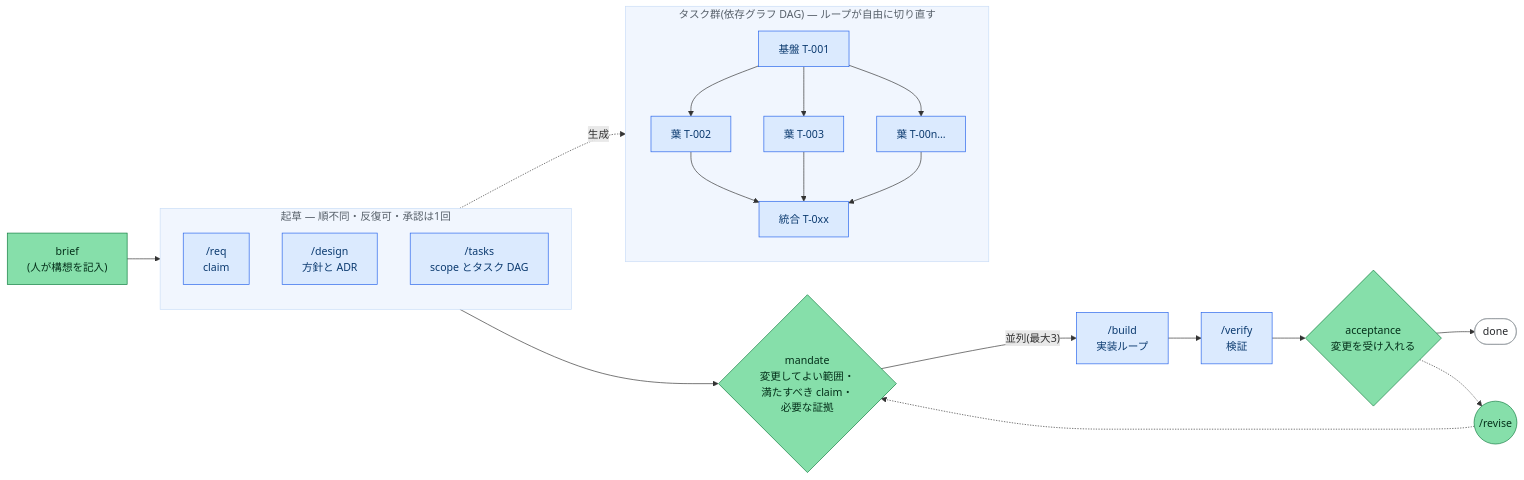
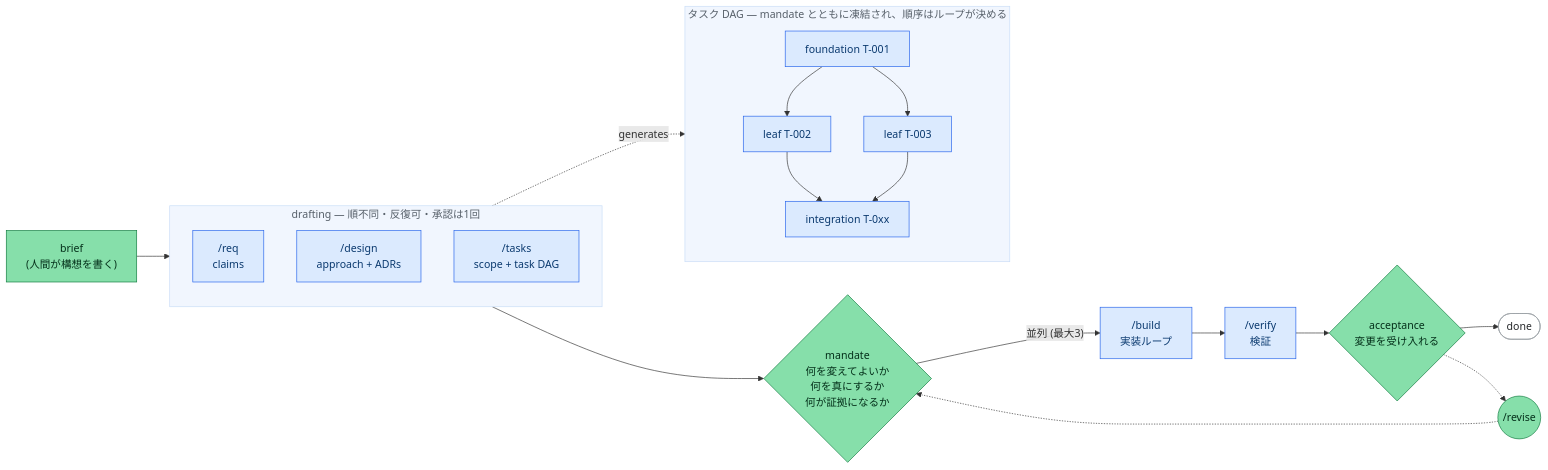
One commit to komoroko/loose-rein-kit changed the diagram in README.ja.md. Above: the diagram before and after it, drawn with Mermaid. The commit also changed other lines of this file and 5 other files, not shown here.

````diff
--- a/README.ja.md
+++ b/README.ja.md
@@ -17,47 +18,44 @@
 ```mermaid
 flowchart LR
-    brief["brief<br/>(人が構想を記入)"]:::human
+    brief["brief<br/>(人間が構想を書く)"]:::human
 
-    subgraph DRAFT["起草 — 順不同・反復可・承認は1回"]
+    subgraph DRAFT["drafting — 順不同・反復可・承認は1回"]
         direction TB
-        req["/req<br/>claim"]:::agent
-        design["/design<br/>方針と ADR"]:::agent
-        tasks["/tasks<br/>scope とタスク DAG"]:::agent
+        req["/req<br/>claims"]:::agent
+        design["/design<br/>approach + ADRs"]:::agent
+        tasks["/tasks<br/>scope + task DAG"]:::agent
     end
 
-    g1{"mandate<br/>変更してよい範囲・<br/>満たすべき claim・<br/>必要な証拠"}:::human
+    g1{"mandate<br/>何を変えてよいか<br/>何を真にするか<br/>何が証拠になるか"}:::human
     build["/build<br/>実装ループ"]:::agent
     verify["/verify<br/>検証"]:::agent
     g2{"acceptance<br/>変更を受け入れる"}:::human
     done(["done"])
 
-    subgraph TASKS["タスク群(依存グラフ DAG) — ループが自由に切り直す"]
+    subgraph TASKS["タスク DAG — mandate とともに凍結され、順序はループが決める"]
         direction TB
-        T1["基盤 T-001"]:::agent
-        T2["葉 T-002"]:::agent
-        T3["葉 T-003"]:::agent
-        Tn["葉 T-00n…"]:::agent
-        TI["統合 T-0xx"]:::agent
+        T1["foundation T-001"]:::agent
+        T2["leaf T-002"]:::agent
+        T3["leaf T-003"]:::agent
+        TI["integration T-0xx"]:::agent
         T1 --> T2
         T1 --> T3
-        T1 --> Tn
         T2 --> TI
         T3 --> TI
-        Tn --> TI
     end
 
     brief --> DRAFT --> g1
-    g1 -->|"並列(最大3)"| build
-    tasks -.->|生成| T1
+    g1 -->|"並列 (最大3)"| build
+    tasks -.->|generates| T1
     build --> verify --> g2 --> done
 
     RV(("/revise")):::human
     g2 -.-> RV
     RV -.-> g1
 
     classDef agent fill:#dbeafe,stroke:#2563eb,color:#0b3a6f;
     classDef human fill:#86dfaa,stroke:#0f7a3d,color:#04301a;
     style DRAFT fill:#f1f6fe,stroke:#c9ddf7,color:#57606a;
     style TASKS fill:#f1f6fe,stroke:#c9ddf7,color:#57606a;
     style done fill:#ffffff,stroke:#9aa0a6,color:#26282b;
 ```
````
